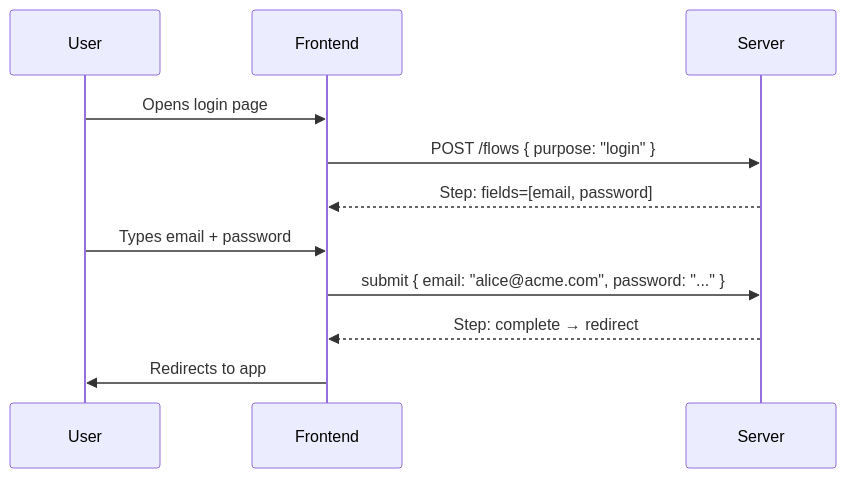
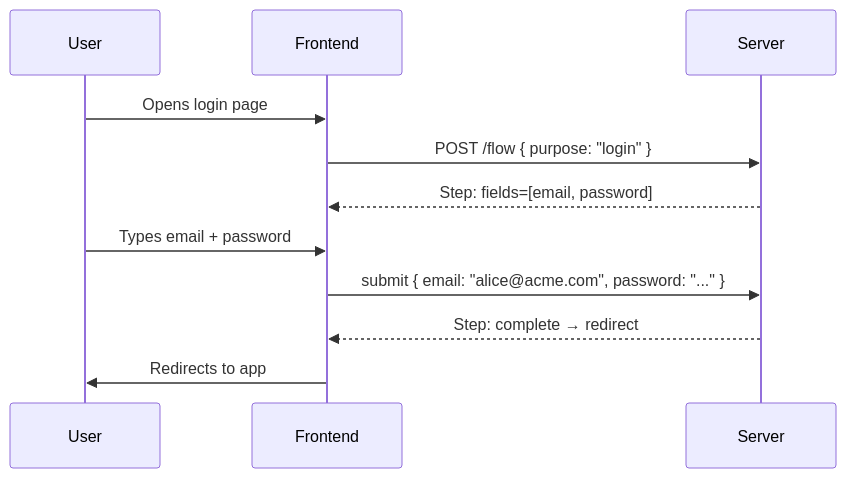
Before and after one commit to zitadel/nextgen: the first of 10 diagrams in docs/design/flowengine/flow-engine-guide.md, drawn with Mermaid. The commit also changed other lines of this file and 10 other files, not shown here.

Commit message:
docs: fix flow handles, wire shapes, list-envelope exceptions, and stale anchors from review

````diff
--- a/docs/design/flowengine/flow-engine-guide.md
+++ b/docs/design/flowengine/flow-engine-guide.md
@@ -18,14 +18,14 @@
 ```mermaid
 sequenceDiagram
     participant User
     participant Frontend
     participant Server
 
     User->>Frontend: Opens login page
-    Frontend->>Server: POST /flows { purpose: "login" }
+    Frontend->>Server: POST /flow { purpose: "login" }
     Server-->>Frontend: Step: fields=[email, password]
     User->>Frontend: Types email + password
     Frontend->>Server: submit { email: "alice@acme.com", password: "..." }
     Server-->>Frontend: Step: complete → redirect
     Frontend->>User: Redirects to app
 ```
````
